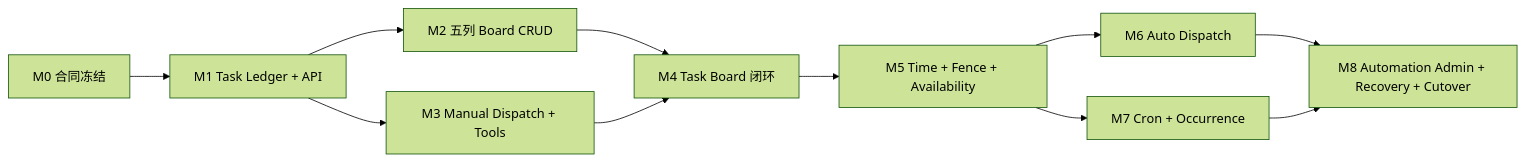
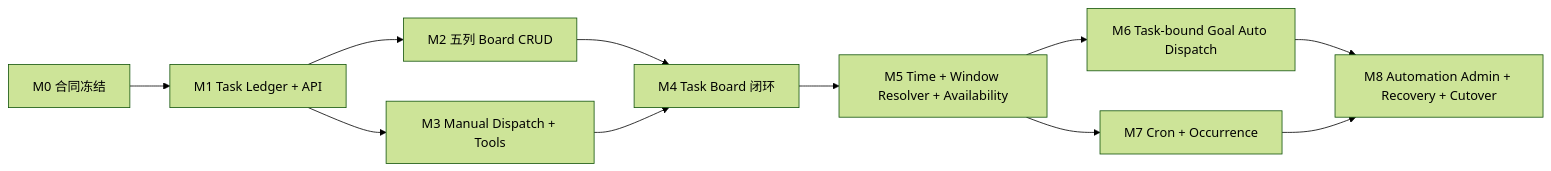
Before and after one commit to PuddingAgent/PuddingAgent: the third of 3 diagrams in Docs/07架构/86ADR-072工作区TODO峰谷Auto派发与定时任务第一阶段ADR.md, drawn with Mermaid (forest theme). The commit also changed other lines of this file and 12 other files, not shown here.

Commit message:
docs: freeze ADR-074/075/076/077 + Goal/Task/Storage/Vision design packages + auto-approval v2 spec + sync code_map index

````diff
--- a/Docs/07架构/86ADR-072工作区TODO峰谷Auto派发与定时任务第一阶段ADR.md
+++ b/Docs/07架构/86ADR-072工作区TODO峰谷Auto派发与定时任务第一阶段ADR.md
@@ -919,13 +943,13 @@
 ```mermaid
 flowchart LR
     A["M0 合同冻结"] --> B["M1 Task Ledger + API"]
     B --> C["M2 五列 Board CRUD"]
     B --> D["M3 Manual Dispatch + Tools"]
     C --> E["M4 Task Board 闭环"]
     D --> E
-    E --> F["M5 Time + Fence + Availability"]
-    F --> G["M6 Auto Dispatch"]
+    E --> F["M5 Time + Window Resolver + Availability"]
+    F --> G["M6 Task-bound Goal Auto Dispatch"]
     F --> H["M7 Cron + Occurrence"]
     G --> I["M8 Automation Admin + Recovery + Cutover"]
     H --> I
 ```
````
